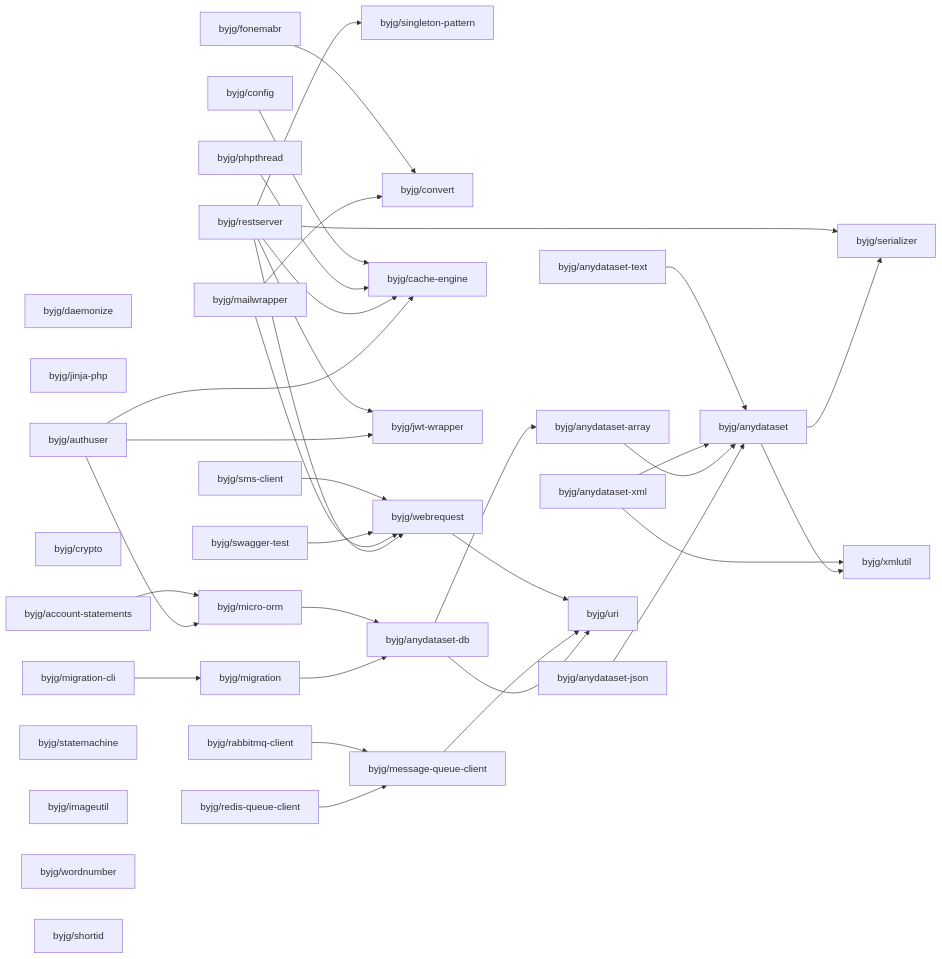
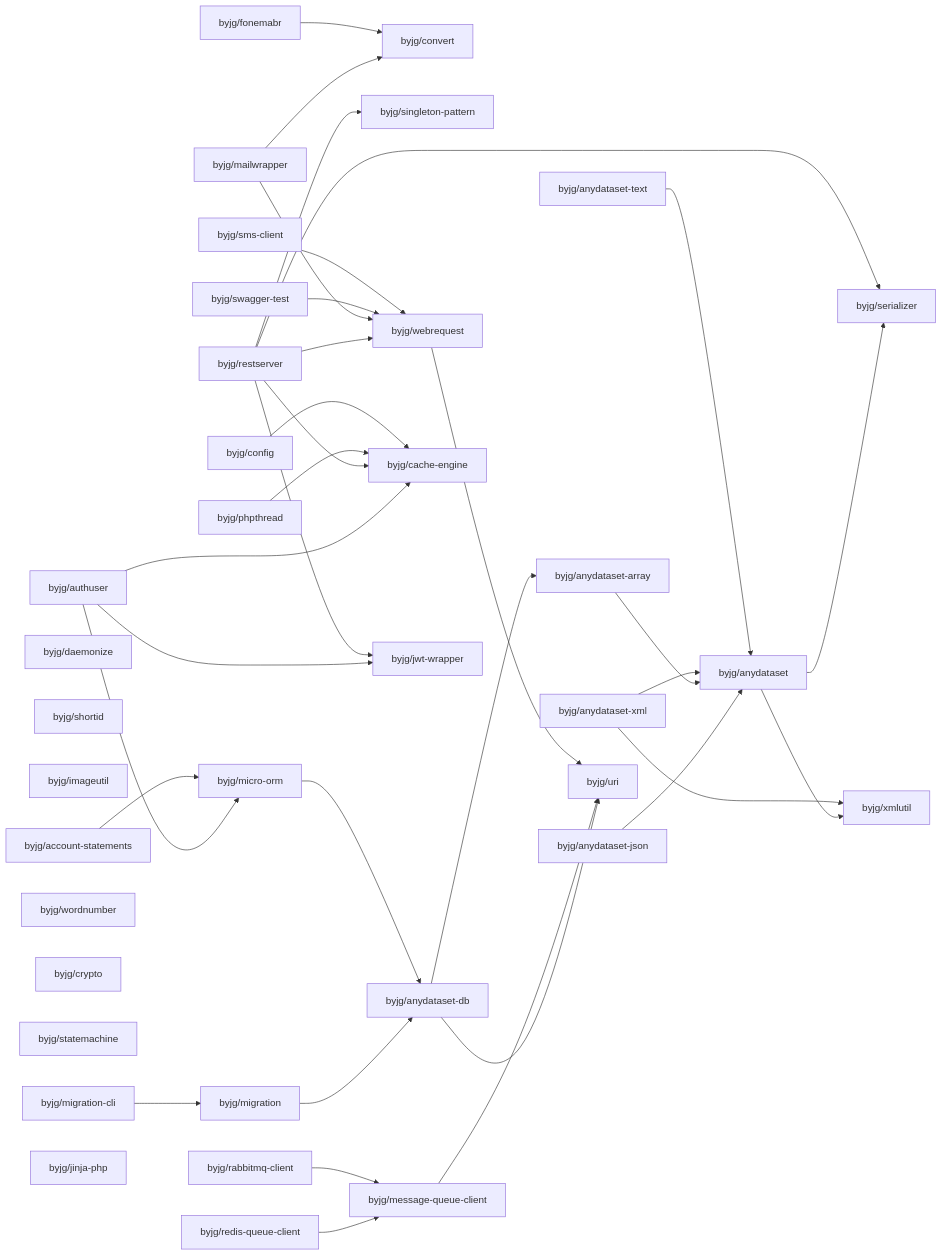
The diagram in php/README.md (byjg/byjg.github.io), drawn with Mermaid before and after one commit. The commit also changed other lines of this file and 1 other file, not shown here.

````diff
--- a/php/README.md
+++ b/php/README.md
@@ -3,71 +3,71 @@
 ```mermaid
 graph LR;
+  byjg/anydataset-json;
+  byjg/mailwrapper;
+  byjg/sms-client;
   byjg/fonemabr;
+  byjg/account-statements;
+  byjg/swagger-test;
+  byjg/restserver;
   byjg/config;
+  byjg/rabbitmq-client;
+  byjg/redis-queue-client;
+  byjg/daemonize;
+  byjg/shortid;
   byjg/anydataset-xml;
+  byjg/phpthread;
+  byjg/imageutil;
   byjg/anydataset-text;
-  byjg/restserver;
-  byjg/daemonize;
-  byjg/phpthread;
-  byjg/mailwrapper;
+  byjg/migration-cli;
+  byjg/wordnumber;
+  byjg/crypto;
+  byjg/statemachine;
+  byjg/authuser;
   byjg/jinja-php;
-  byjg/migration-cli;
-  byjg/rabbitmq-client;
-  byjg/crypto;
-  byjg/redis-queue-client;
-  byjg/authuser;
-  byjg/swagger-test;
-  byjg/sms-client;
-  byjg/account-statements;
-  byjg/statemachine;
-  byjg/imageutil;
-  byjg/wordnumber;
-  byjg/shortid;
-  byjg/anydataset-json;
+  byjg/convert;
   byjg/singleton-pattern;
-  byjg/convert;
+  byjg/webrequest;
+  byjg/message-queue-client;
   byjg/migration;
-  byjg/message-queue-client;
+  byjg/micro-orm;
   byjg/cache-engine;
   byjg/jwt-wrapper;
-  byjg/webrequest;
-  byjg/micro-orm;
   byjg/anydataset-db;
   byjg/anydataset-array;
   byjg/uri;
   byjg/anydataset;
   byjg/serializer;
   byjg/xmlutil;
   byjg/sms-client --> byjg/webrequest;
   byjg/fonemabr --> byjg/convert;
   byjg/config --> byjg/cache-engine;
   byjg/anydataset-text --> byjg/anydataset;
   byjg/webrequest --> byjg/uri;
   byjg/account-statements --> byjg/micro-orm;
   byjg/rabbitmq-client --> byjg/message-queue-client;
   byjg/micro-orm --> byjg/anydataset-db;
   byjg/phpthread --> byjg/cache-engine;
   byjg/swagger-test --> byjg/webrequest;
   byjg/anydataset-xml --> byjg/anydataset;
   byjg/anydataset-xml --> byjg/xmlutil;
   byjg/anydataset-array --> byjg/anydataset;
   byjg/mailwrapper --> byjg/convert;
   byjg/mailwrapper --> byjg/webrequest;
   byjg/message-queue-client --> byjg/uri;
   byjg/anydataset-db --> byjg/anydataset-array;
   byjg/anydataset-db --> byjg/uri;
   byjg/anydataset-json --> byjg/anydataset;
   byjg/migration --> byjg/anydataset-db;
   byjg/redis-queue-client --> byjg/message-queue-client;
   byjg/restserver --> byjg/serializer;
   byjg/restserver --> byjg/singleton-pattern;
   byjg/restserver --> byjg/cache-engine;
   byjg/restserver --> byjg/webrequest;
   byjg/restserver --> byjg/jwt-wrapper;
   byjg/authuser --> byjg/micro-orm;
   byjg/authuser --> byjg/cache-engine;
   byjg/authuser --> byjg/jwt-wrapper;
   byjg/migration-cli --> byjg/migration;
   byjg/anydataset --> byjg/serializer;
   byjg/anydataset --> byjg/xmlutil;
 ```
````
